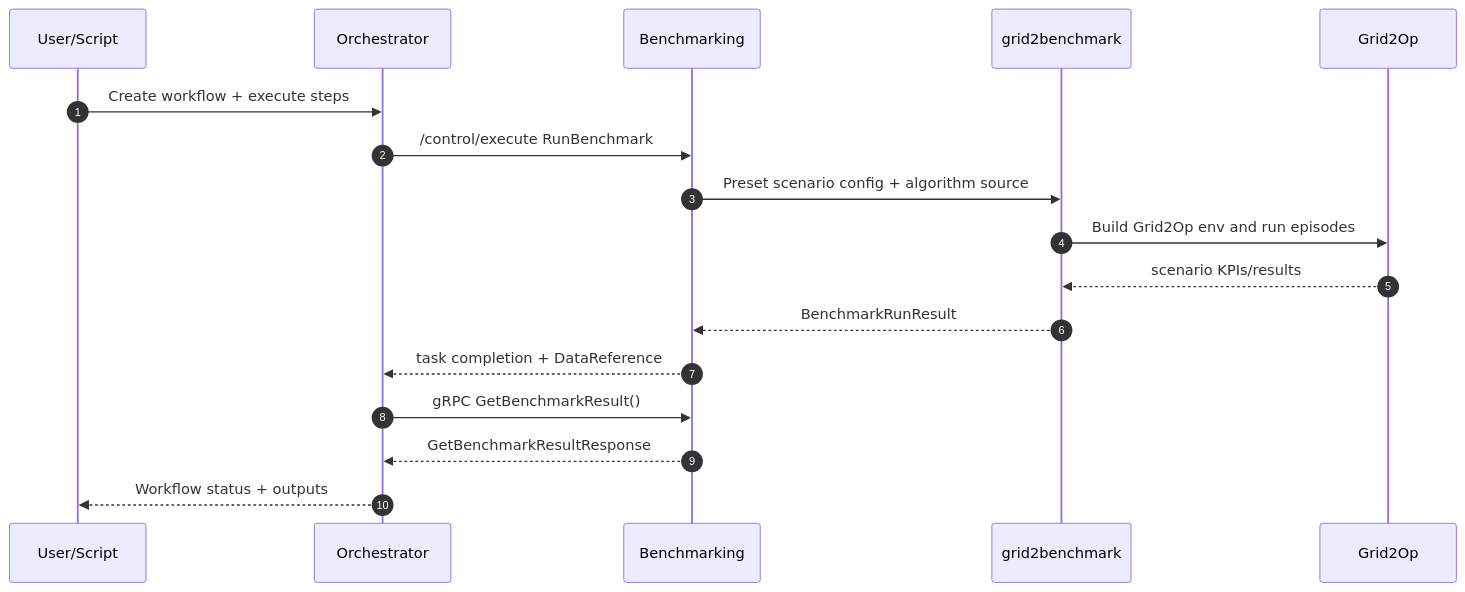
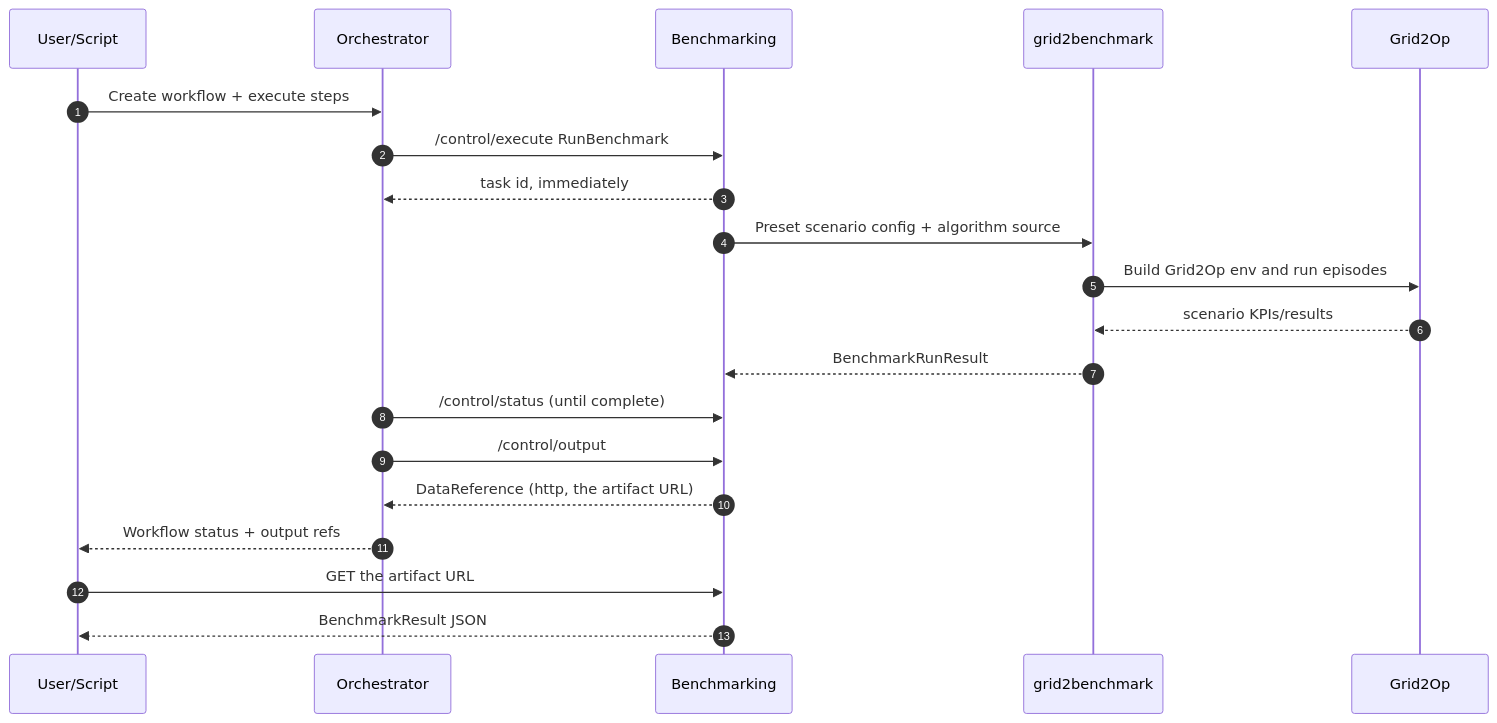
The diagram in use-cases/dutch-node-benchmarking/services/benchmarking/README.md (paulban/ai-effect-wp3), drawn with Mermaid before and after one commit. The commit also changed other lines of this file and 18 other files, not shown here.

````diff
--- a/use-cases/dutch-node-benchmarking/services/benchmarking/README.md
+++ b/use-cases/dutch-node-benchmarking/services/benchmarking/README.md
@@ -50,22 +91,26 @@
 ```mermaid
 sequenceDiagram
   autonumber
   participant U as User/Script
   participant O as Orchestrator
   participant BM as Benchmarking
   participant G2B as grid2benchmark
   participant G2O as Grid2Op
 
   U->>O: Create workflow + execute steps
   O->>BM: /control/execute RunBenchmark
 
+  BM-->>O: task id, immediately
+
   BM->>G2B: Preset scenario config + algorithm source
   G2B->>G2O: Build Grid2Op env and run episodes
   G2O-->>G2B: scenario KPIs/results
   G2B-->>BM: BenchmarkRunResult
-  BM-->>O: task completion + DataReference
 
-  O->>BM: gRPC GetBenchmarkResult()
-  BM-->>O: GetBenchmarkResultResponse
-  O-->>U: Workflow status + outputs
+  O->>BM: /control/status (until complete)
+  O->>BM: /control/output
+  BM-->>O: DataReference (http, the artifact URL)
+  O-->>U: Workflow status + output refs
+  U->>BM: GET the artifact URL
+  BM-->>U: BenchmarkResult JSON
 ```
````
